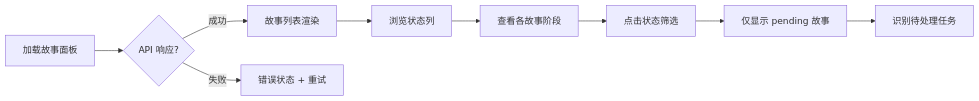
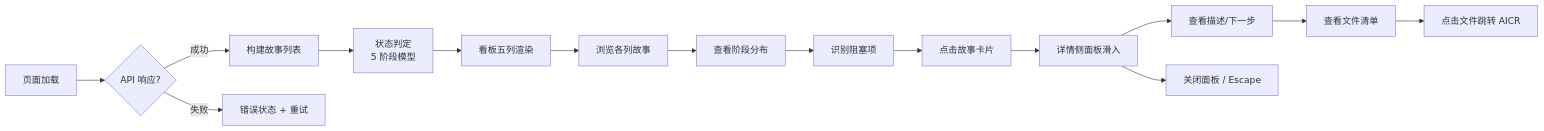
The first of 4 diagrams in docs/故事任务面板/story/使用场景.md (effiy/YiWeb), drawn with Mermaid before and after one commit. The commit also changed other lines of this file and 28 other files, not shown here.

````diff
--- a/docs/故事任务面板/story/使用场景.md
+++ b/docs/故事任务面板/story/使用场景.md
@@ -24,11 +33,17 @@
 ```mermaid
 flowchart LR
-    A["加载故事面板"] --> B{"API 响应?"}
-    B -->|"成功"| C["故事列表渲染"]
+    A["页面加载"] --> B{"API 响应?"}
+    B -->|"成功"| C["构建故事列表"]
     B -->|"失败"| D["错误状态 + 重试"]
-    C --> E["浏览状态列"]
-    E --> F["查看各故事阶段"]
-    F --> G["点击状态筛选"]
-    G --> H["仅显示 pending 故事"]
-    H --> I["识别待处理任务"]
+    C --> E["状态判定<br/>5 阶段模型"]
+    E --> F["看板五列渲染"]
+    F --> G["浏览各列故事"]
+    G --> H["查看阶段分布"]
+    H --> I["识别阻塞项"]
+    I --> J["点击故事卡片"]
+    J --> K["详情侧面板滑入"]
+    K --> L["查看描述/下一步"]
+    L --> M["查看文件清单"]
+    M --> N["点击文件跳转 AICR"]
+    K --> O["关闭面板 / Escape"]
 ```
````
